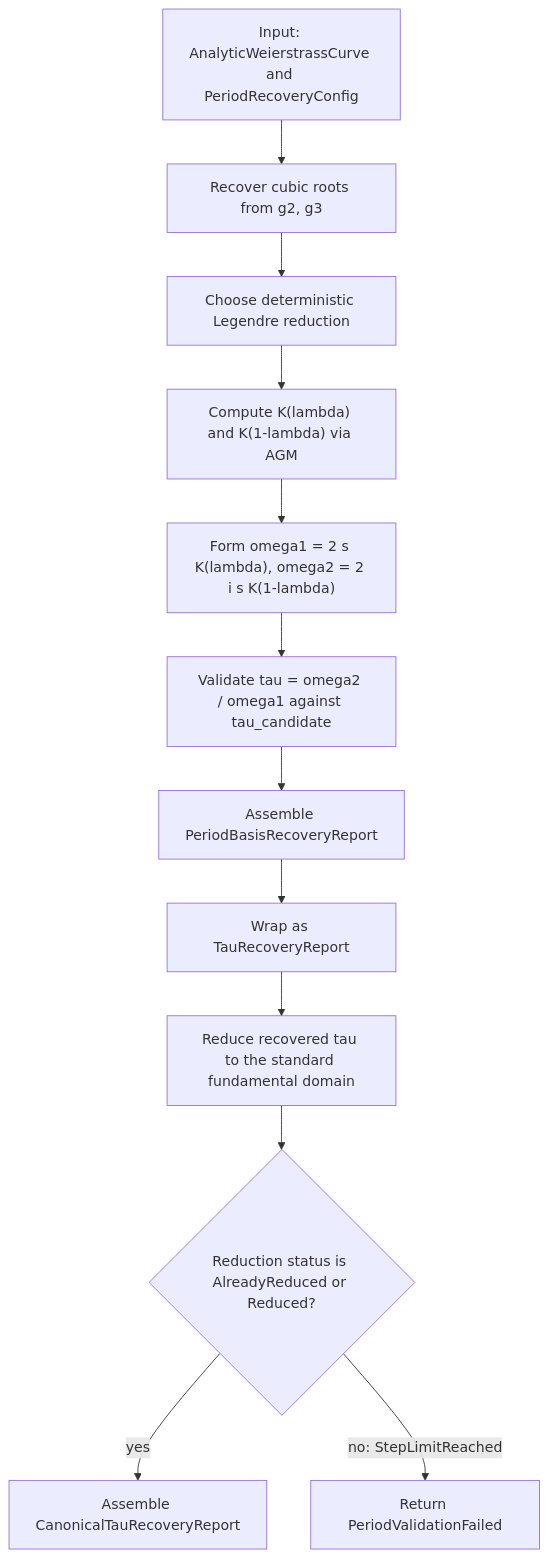
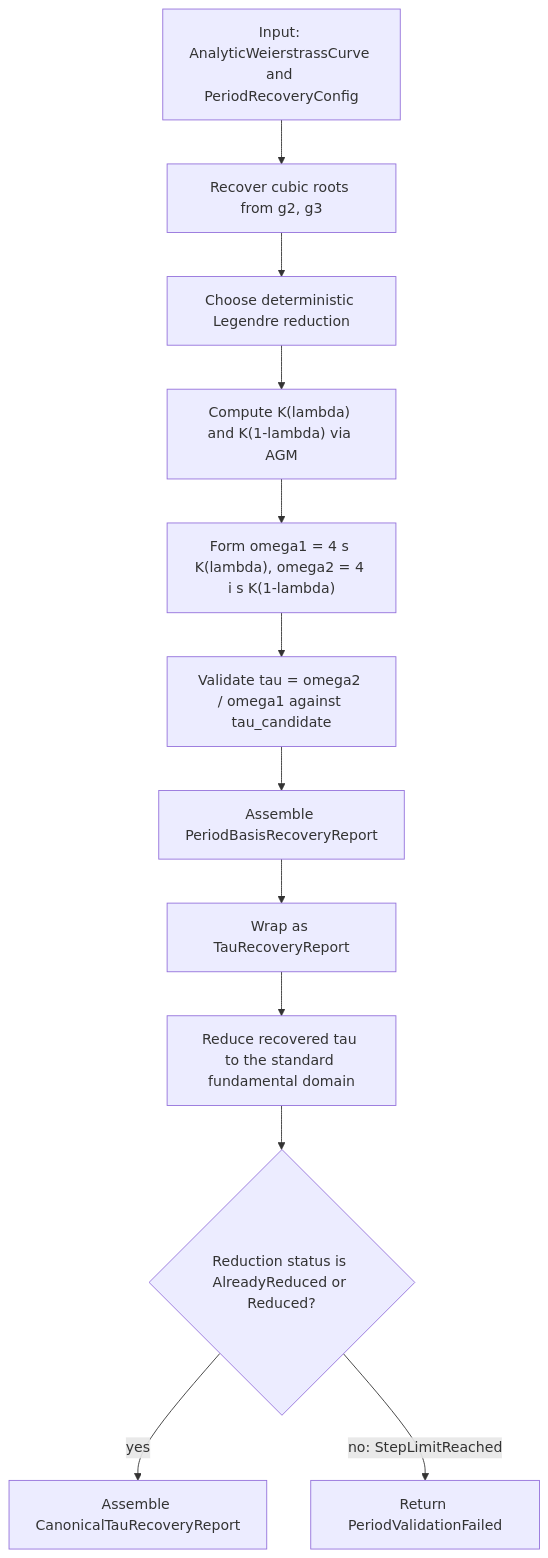
One commit to LorenzoRD2003/elliptic-curve-lab changed the diagram in docs/algorithm-diagrams/period-basis-and-canonical-tau-recovery.md. Above: the diagram before and after it, drawn with Mermaid. The commit also changed other lines of this file and 34 other files, not shown here.

````diff
--- a/docs/algorithm-diagrams/period-basis-and-canonical-tau-recovery.md
+++ b/docs/algorithm-diagrams/period-basis-and-canonical-tau-recovery.md
@@ -142,14 +152,14 @@
 ```mermaid
 flowchart TB
     A["Input: AnalyticWeierstrassCurve and PeriodRecoveryConfig"] --> B["Recover cubic roots from g2, g3"]
     B --> C["Choose deterministic Legendre reduction"]
     C --> D["Compute K(lambda) and K(1-lambda) via AGM"]
-    D --> E["Form omega1 = 2 s K(lambda), omega2 = 2 i s K(1-lambda)"]
+    D --> E["Form omega1 = 4 s K(lambda), omega2 = 4 i s K(1-lambda)"]
     E --> F["Validate tau = omega2 / omega1 against tau_candidate"]
     F --> G["Assemble PeriodBasisRecoveryReport"]
     G --> H["Wrap as TauRecoveryReport"]
     H --> I["Reduce recovered tau to the standard fundamental domain"]
     I --> J{"Reduction status is AlreadyReduced or Reduced?"}
     J -->|"yes"| K["Assemble CanonicalTauRecoveryReport"]
     J -->|"no: StepLimitReached"| Z["Return PeriodValidationFailed"]
 ```
````
